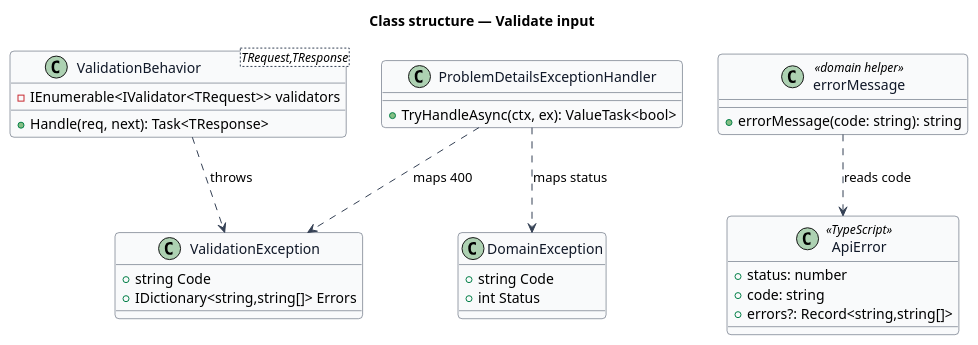
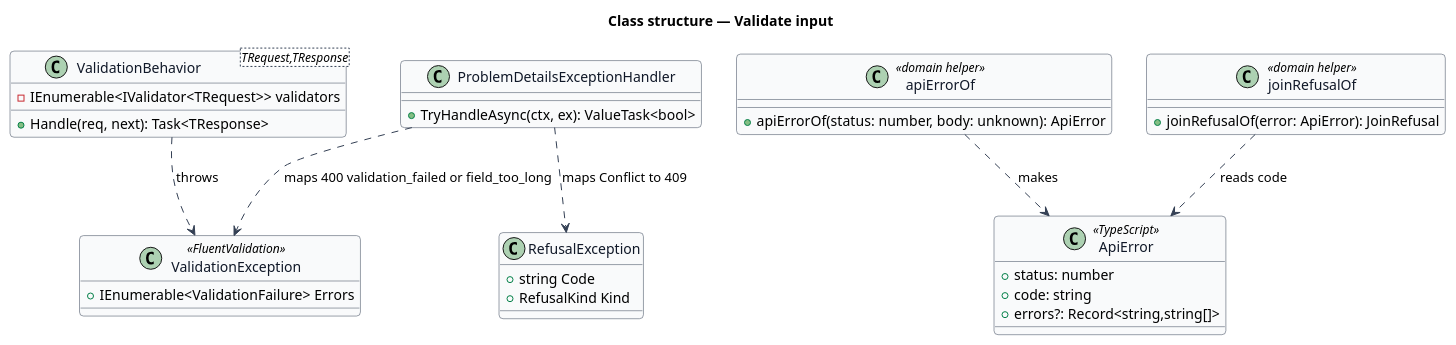
Before and after one commit to QuinntyneBrown/christian-fitness: the diagram in docs/detailed-designs/security/validate-input/diagrams/class.puml, drawn with PlantUML. The commit also changed 21 other files, not shown here.

```diff
--- a/docs/detailed-designs/security/validate-input/diagrams/class.puml
+++ b/docs/detailed-designs/security/validate-input/diagrams/class.puml
@@ -1,41 +1,44 @@
 @startuml
 skinparam backgroundColor #FFFFFF
 skinparam shadowing false
 skinparam roundcorner 8
 skinparam defaultFontName Arial
 skinparam ArrowColor #344054
 skinparam class {
   BorderColor #344054
   FontColor #101828
   BackgroundColor #F9FAFB
 }
 title Class structure — Validate input
 
 class ValidationBehavior<TRequest,TResponse> {
   -IEnumerable<IValidator<TRequest>> validators
   +Handle(req, next): Task<TResponse>
 }
-class ValidationException {
-  +string Code
-  +IDictionary<string,string[]> Errors
+class ValidationException <<FluentValidation>> {
+  +IEnumerable<ValidationFailure> Errors
 }
 class ProblemDetailsExceptionHandler {
   +TryHandleAsync(ctx, ex): ValueTask<bool>
 }
-class DomainException {
+class RefusalException {
   +string Code
-  +int Status
+  +RefusalKind Kind
 }
 class ApiError <<TypeScript>> {
   +status: number
   +code: string
   +errors?: Record<string,string[]>
 }
-class errorMessage <<domain helper>> {
-  +errorMessage(code: string): string
+class apiErrorOf <<domain helper>> {
+  +apiErrorOf(status: number, body: unknown): ApiError
+}
+class joinRefusalOf <<domain helper>> {
+  +joinRefusalOf(error: ApiError): JoinRefusal
 }
 ValidationBehavior ..> ValidationException : throws
-ProblemDetailsExceptionHandler ..> ValidationException : maps 400
-ProblemDetailsExceptionHandler ..> DomainException : maps status
-errorMessage ..> ApiError : reads code
+ProblemDetailsExceptionHandler ..> ValidationException : maps 400 validation_failed or field_too_long
+ProblemDetailsExceptionHandler ..> RefusalException : maps Conflict to 409
+apiErrorOf ..> ApiError : makes
+joinRefusalOf ..> ApiError : reads code
 @enduml
```
